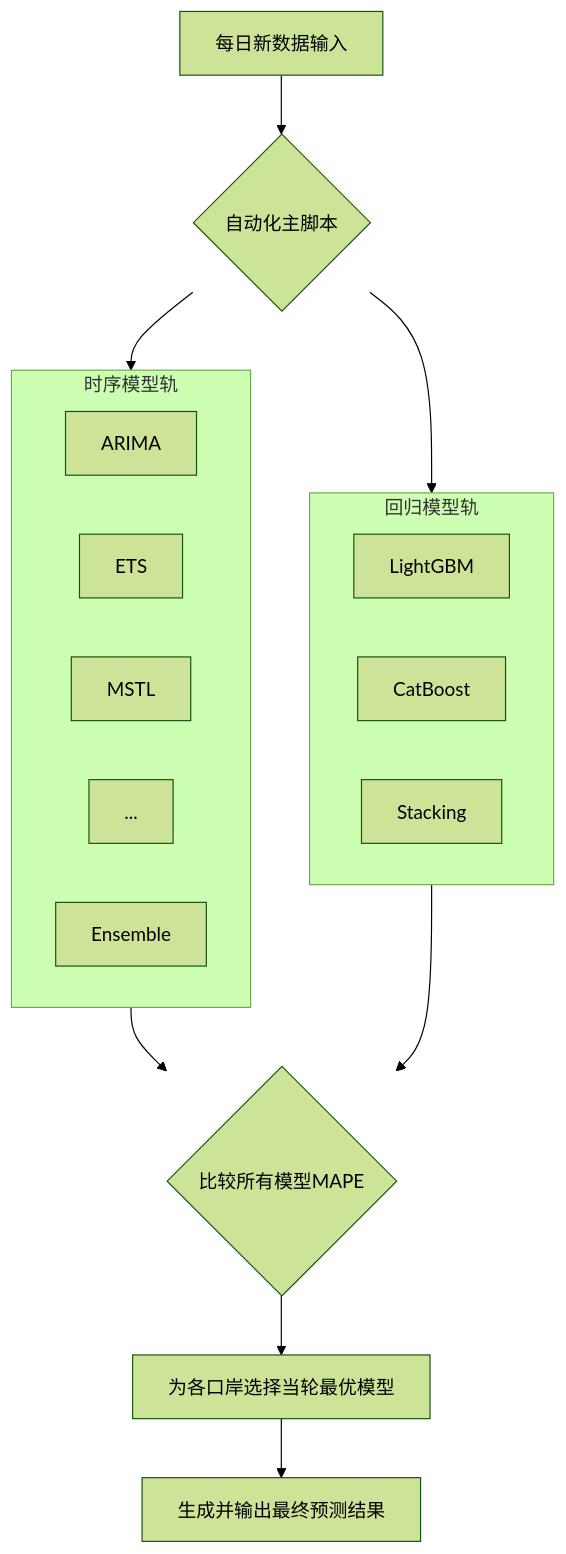
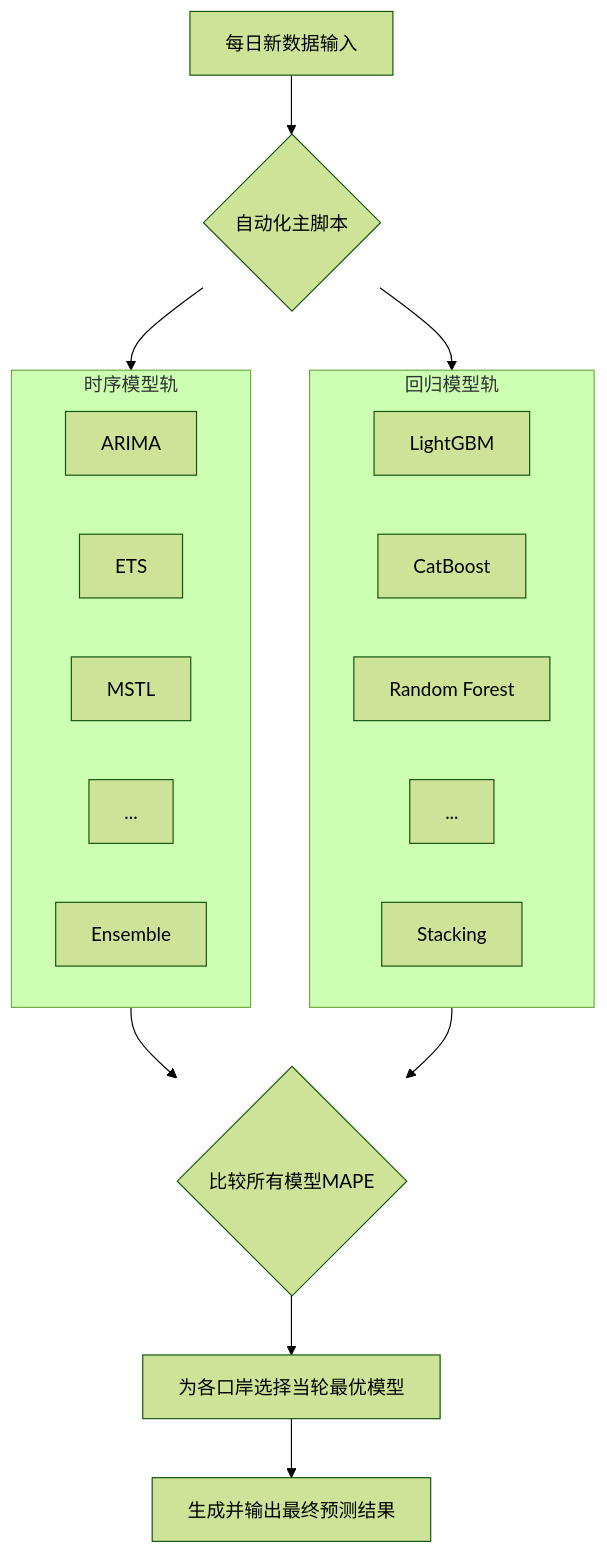
One commit to Mariooo7/Mariooo7-blog-source changed the diagram in content/portfolio/tourism-demand-forecasst/index.md. Above: the diagram before and after it, drawn with Mermaid (forest theme).

Commit message:
自动提交

````diff
--- a/content/portfolio/tourism-demand-forecasst/index.md
+++ b/content/portfolio/tourism-demand-forecasst/index.md
@@ -125,23 +125,24 @@
 ```mermaid
 graph TD
     A[每日新数据输入] --> B{自动化主脚本};
     B --> C[时序模型轨: 统一训练与评估];
     B --> D[回归模型轨: 统一训练与评估];
     subgraph C ["时序模型轨"]
         C1[ARIMA];
         C2[ETS];
         C3[MSTL];
         C4[...];
         C5[Ensemble]
     end
     subgraph D ["回归模型轨"]
         D1[LightGBM];
         D2[CatBoost];
         D3[Random Forest];
-        D3[Stacking];
+        D4[...]
+        D5[Stacking];
     end
     C --> E{比较所有模型MAPE};
     D --> E;
     E --> F[为各口岸选择当轮最优模型];
     F --> G[生成并输出最终预测结果];
 ```
````
